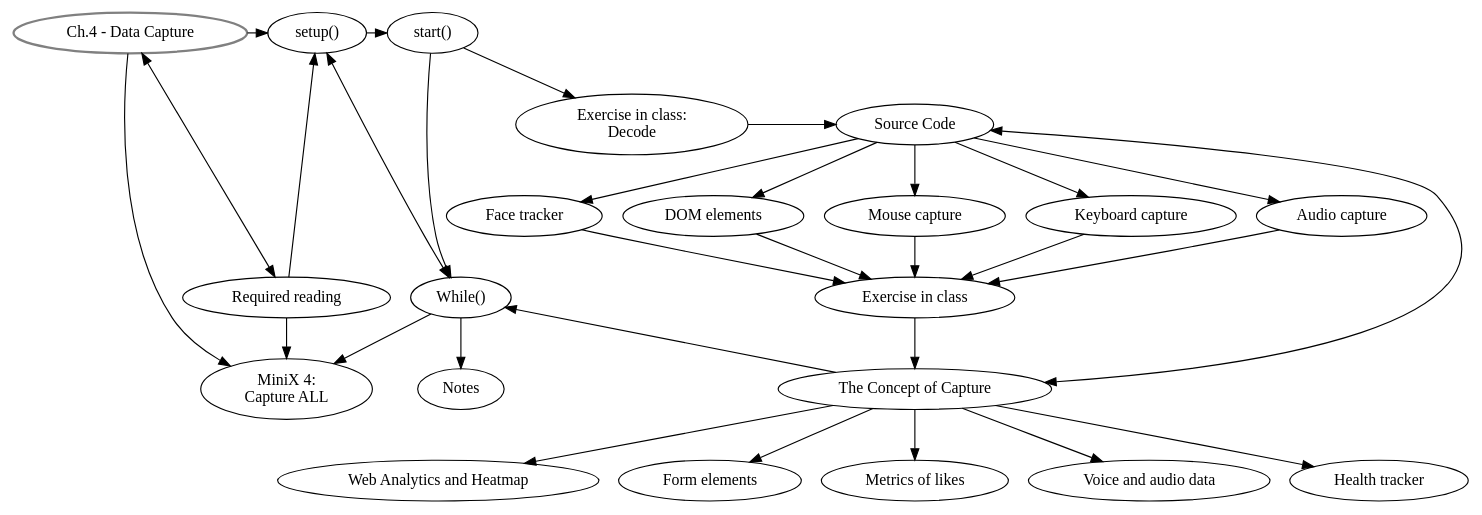
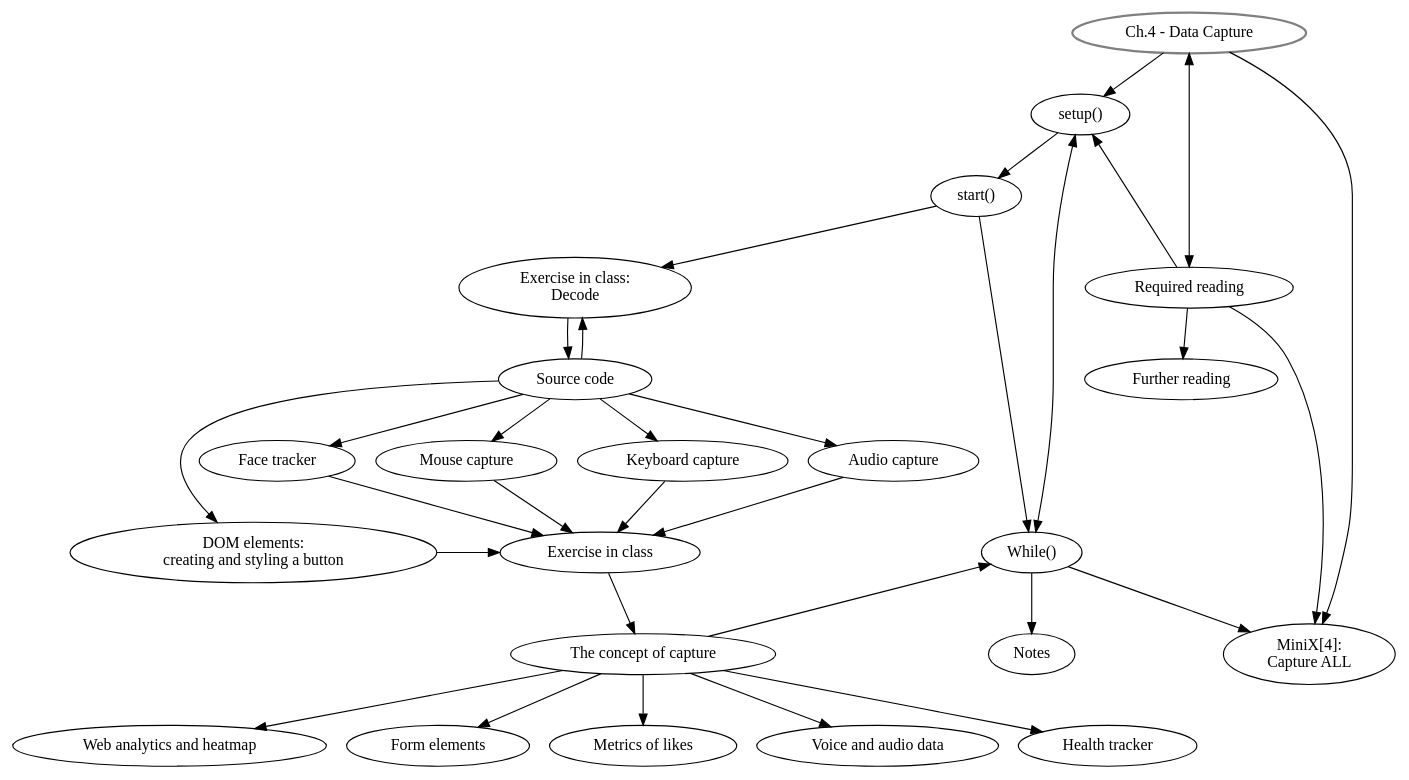
The diagram in graphviz/AP_ch4.dot (danbz/aesthetic-programming), drawn with Graphviz before and after one commit.

Commit message:
upload the source of ch.4 - graphviz

```diff
--- a/graphviz/AP_ch4.dot
+++ b/graphviz/AP_ch4.dot
@@ -1,48 +1,48 @@
 digraph G {
 //labels
 GS [
 label="Ch.4 - Data Capture",
 style=bold,
 color=grey,
 ]
 
 SU [label="setup()"]
 ST [label="start()"]
 DE [label="Exercise in class: \nDecode"]
-SC [label="Source Code"]
-DOM [label="DOM elements"]
+SC [label="Source code"]
+DOM [label="DOM elements:\n creating and styling a button"]
 MC [label="Mouse capture"]
 KC [label="Keyboard capture"]
 AC [label="Audio capture"]
 FT [label="Face tracker"]
 EiC [label="Exercise in class"]
-CC [label="The Concept of Capture"]
-WA [label="Web Analytics and Heatmap"]
+CC [label="The concept of capture"]
+WA [label="Web analytics and heatmap"]
 FE [label="Form elements"]
 ML [label="Metrics of likes"]
 VD [label="Voice and audio data"]
 HT [label="Health tracker"]
 MW [label="While()"]
-MX [label="MiniX 4: \nCapture ALL"]
+MX [label="MiniX[4]: \nCapture ALL"]
 RR [label="Required reading"]
+FR [label="Further reading"]
 Notes [label="Notes"]
 
 //rank
-{rank = same; GS, SU, ST}
-{rank = same; DE, SC}
-{rank = same; MW, EiC}
-{rank = same; Notes, CC}
+{rank = same; MW, DOM, EiC}
+{rank = same; DE, RR}
 
 //graph
 GS -> SU -> ST -> DE -> SC;
+SC -> DE;
 GS -> RR[dir=both, minlen=3];
 SU -> MW [dir=both];
 GS -> MX;
 RR -> MX, SU;
 SC -> DOM, MC, KC, AC, FT;
 DOM, MC, KC, AC, FT -> EiC -> CC;
-SC -> CC [dir=both];
 CC -> WA, FE, ML, VD, HT;
 ST, CC -> MW -> Notes;
 MW -> MX;
+RR -> FR;
 }
```
